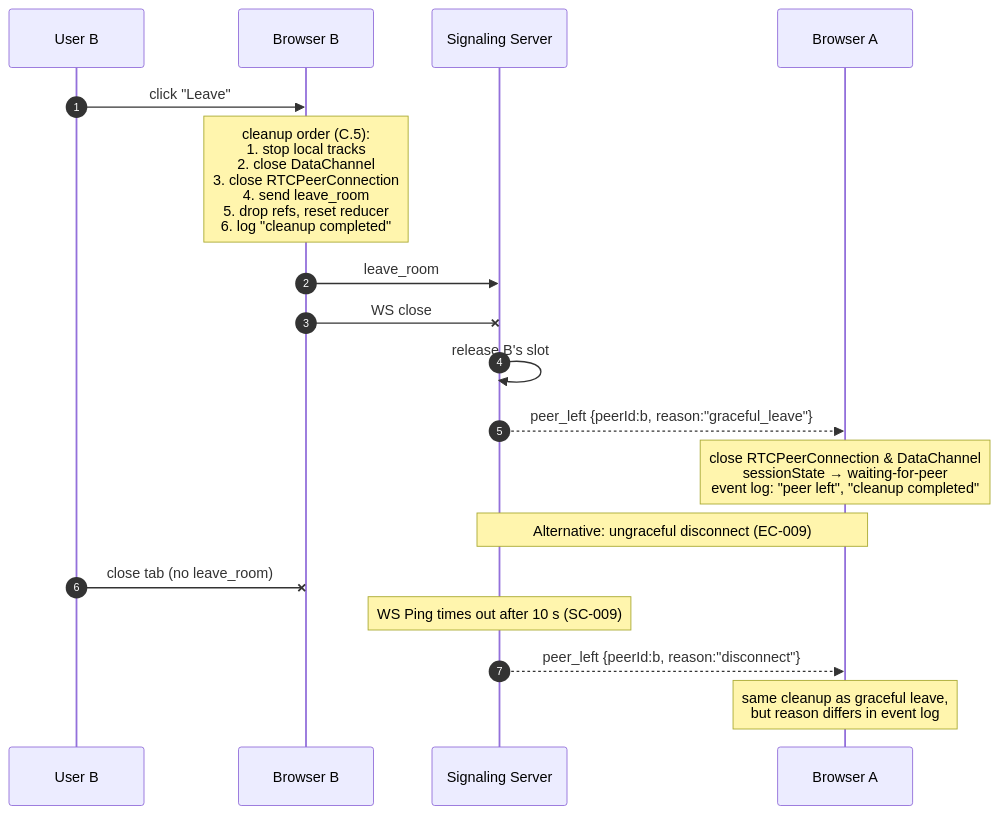
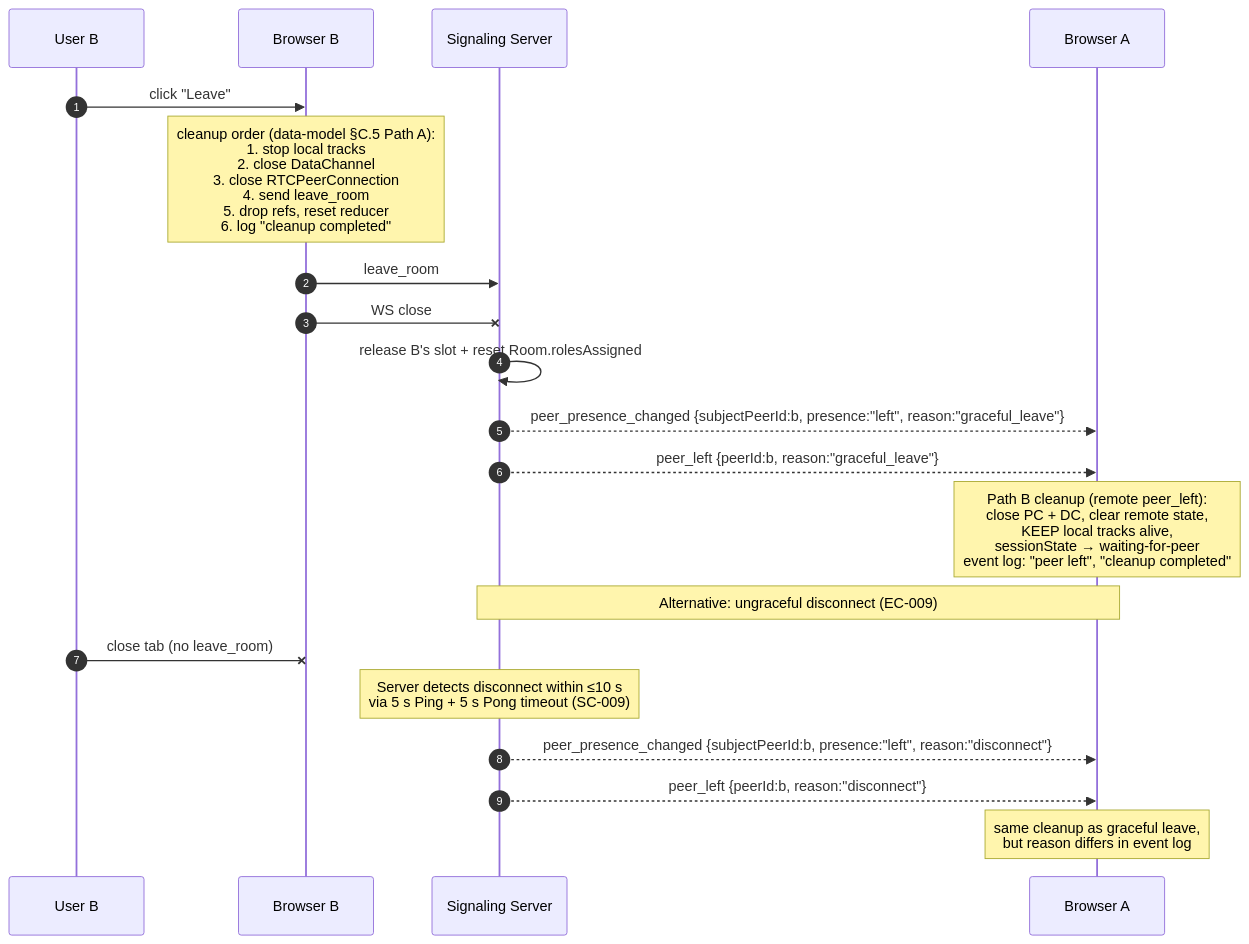
One commit to Dr-KoKo/webrtc-in-action changed the fourth of 4 diagrams in specs/001-webrtc-1to1-call/plan.md. Above: the diagram before and after it, drawn with Mermaid. The commit also changed other lines of this file and 1 other file, not shown here.

Commit message:
docs(plan): review-pass-7 — scope peer_left + fix Mermaid Note over
- contract §3.4 "Relationship to peer_left" rewritten: peer_left rides
  on presence="left" ONLY (in-call departures). Pending-media releases
  use presence="released" alone — no peer_left, because no
  RTCPeerConnection/RTCDataChannel exists to tear down on the remote
  side, and firing peer_left would incorrectly invoke Path B cleanup
  against state that was never created.
- plan.md Diagram 4 updated: heartbeat note reflects 5s ping + 5s pong
  = ≤10s detection (SC-009); graceful and ungraceful departure branches
  both show peer_presence_changed alongside peer_left; notes cross-
  reference data-model cleanup Path A / Path B.
- plan.md Diagram 3 Mermaid parse fix: "Note over A,S,B" → "Note over
  A,B" (sequenceDiagram Note over accepts at most two participants).
  Note text unchanged; reader still sees the A → S → B signaling hop.

All 40 spec-quality items still PASS. Spec, plan, research, data-model,
contract, quickstart, and checklists are end-to-end aligned.
Ready for /speckit.tasks.

````diff
--- a/specs/001-webrtc-1to1-call/plan.md
+++ b/specs/001-webrtc-1to1-call/plan.md
@@ -331,22 +331,24 @@
 ```mermaid
 sequenceDiagram
     autonumber
     participant UB as User B
     participant B as Browser B
     participant S as Signaling Server
     participant A as Browser A
 
     UB->>B: click "Leave"
-    Note over B: cleanup order (C.5):<br/>1. stop local tracks<br/>2. close DataChannel<br/>3. close RTCPeerConnection<br/>4. send leave_room<br/>5. drop refs, reset reducer<br/>6. log "cleanup completed"
+    Note over B: cleanup order (data-model §C.5 Path A):<br/>1. stop local tracks<br/>2. close DataChannel<br/>3. close RTCPeerConnection<br/>4. send leave_room<br/>5. drop refs, reset reducer<br/>6. log "cleanup completed"
     B->>S: leave_room
     B-xS: WS close
-    S->>S: release B's slot
+    S->>S: release B's slot + reset Room.rolesAssigned
+    S-->>A: peer_presence_changed {subjectPeerId:b, presence:"left", reason:"graceful_leave"}
     S-->>A: peer_left {peerId:b, reason:"graceful_leave"}
-    Note over A: close RTCPeerConnection & DataChannel<br/>sessionState → waiting-for-peer<br/>event log: "peer left", "cleanup completed"
+    Note over A: Path B cleanup (remote peer_left):<br/>close PC + DC, clear remote state,<br/>KEEP local tracks alive,<br/>sessionState → waiting-for-peer<br/>event log: "peer left", "cleanup completed"
 
     Note over A,S: Alternative: ungraceful disconnect (EC-009)
     UB-xB: close tab (no leave_room)
-    Note over S: WS Ping times out after 10 s (SC-009)
+    Note over S: Server detects disconnect within ≤10 s<br/>via 5 s Ping + 5 s Pong timeout (SC-009)
+    S-->>A: peer_presence_changed {subjectPeerId:b, presence:"left", reason:"disconnect"}
     S-->>A: peer_left {peerId:b, reason:"disconnect"}
     Note over A: same cleanup as graceful leave,<br/>but reason differs in event log
 ```
````
